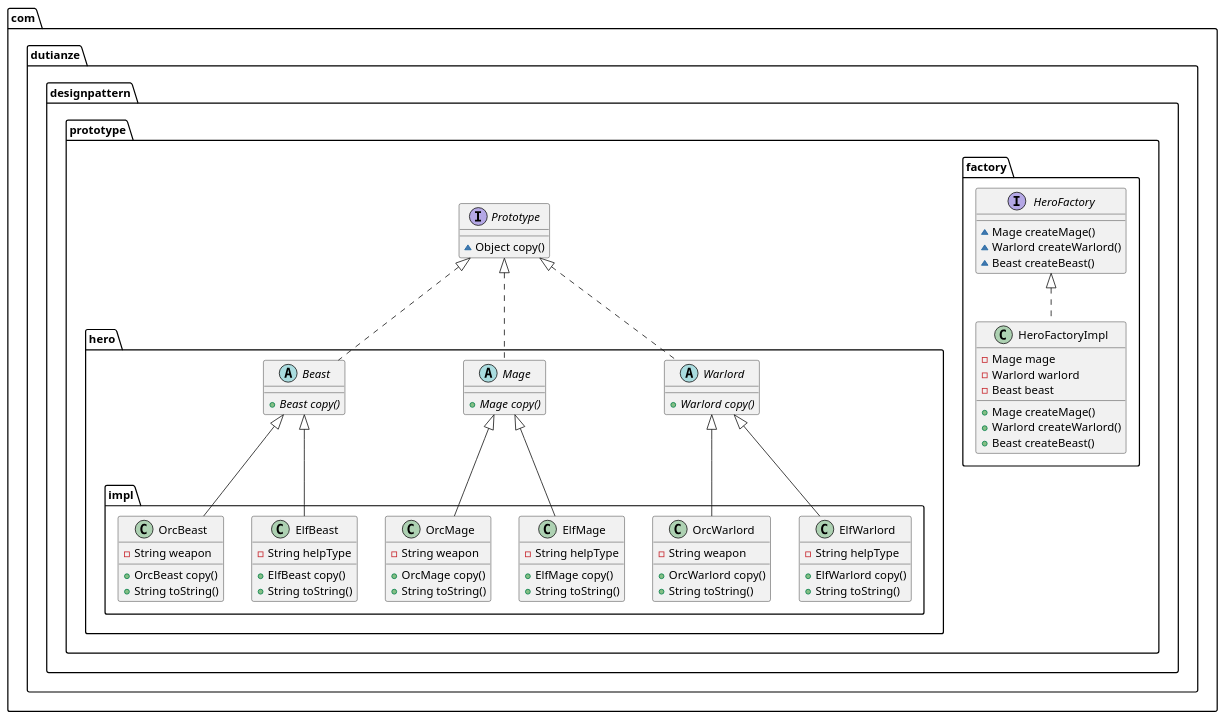
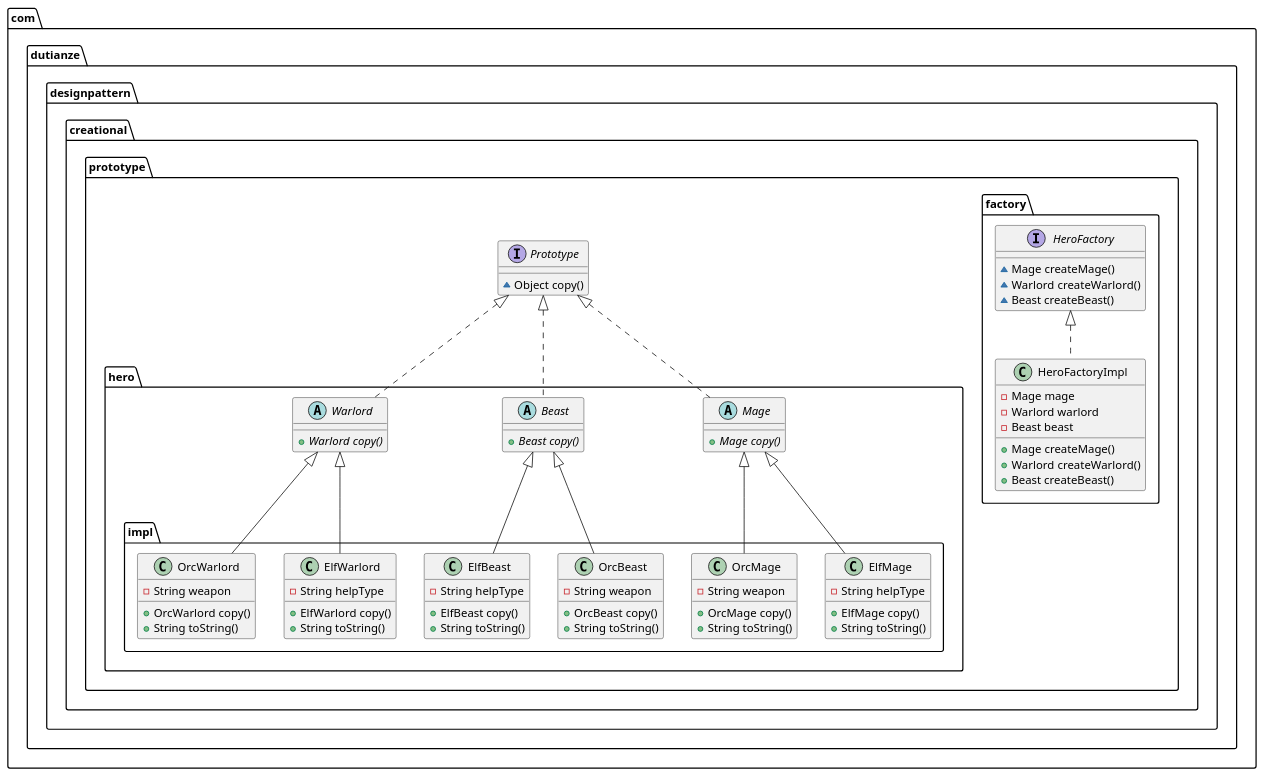
Before and after one commit to duTianze/my-java: the diagram in design/design-pattern/src/main/java/com/dutianze/designpattern/creational/prototype/prototype.puml, drawn with PlantUML. The commit also changed 35 other files, not shown here.

```diff
--- a/design/design-pattern/src/main/java/com/dutianze/designpattern/creational/prototype/prototype.puml
+++ b/design/design-pattern/src/main/java/com/dutianze/designpattern/creational/prototype/prototype.puml
@@ -1,69 +1,69 @@
 @startuml
-class com.dutianze.designpattern.prototype.hero.impl.ElfWarlord {
+abstract class com.dutianze.designpattern.creational.prototype.hero.Mage {
++ {abstract}Mage copy()
+}
+class com.dutianze.designpattern.creational.prototype.hero.impl.ElfMage {
+- String helpType
++ ElfMage copy()
++ String toString()
+}
+class com.dutianze.designpattern.creational.prototype.hero.impl.ElfBeast {
+- String helpType
++ ElfBeast copy()
++ String toString()
+}
+class com.dutianze.designpattern.creational.prototype.hero.impl.ElfWarlord {
 - String helpType
 + ElfWarlord copy()
 + String toString()
 }
-abstract class com.dutianze.designpattern.prototype.hero.Warlord {
-+ {abstract}Warlord copy()
-}
-interface com.dutianze.designpattern.prototype.factory.HeroFactory {
+interface com.dutianze.designpattern.creational.prototype.factory.HeroFactory {
 ~ Mage createMage()
 ~ Warlord createWarlord()
 ~ Beast createBeast()
 }
-class com.dutianze.designpattern.prototype.factory.HeroFactoryImpl {
+interface com.dutianze.designpattern.creational.prototype.Prototype {
+~ Object copy()
+}
+class com.dutianze.designpattern.creational.prototype.hero.impl.OrcBeast {
+- String weapon
++ OrcBeast copy()
++ String toString()
+}
+class com.dutianze.designpattern.creational.prototype.hero.impl.OrcWarlord {
+- String weapon
++ OrcWarlord copy()
++ String toString()
+}
+class com.dutianze.designpattern.creational.prototype.factory.HeroFactoryImpl {
 - Mage mage
 - Warlord warlord
 - Beast beast
 + Mage createMage()
 + Warlord createWarlord()
 + Beast createBeast()
 }
-class com.dutianze.designpattern.prototype.hero.impl.OrcMage {
+class com.dutianze.designpattern.creational.prototype.hero.impl.OrcMage {
 - String weapon
 + OrcMage copy()
 + String toString()
 }
-class com.dutianze.designpattern.prototype.hero.impl.ElfBeast {
-- String helpType
-+ ElfBeast copy()
-+ String toString()
+abstract class com.dutianze.designpattern.creational.prototype.hero.Beast {
++ {abstract}Beast copy()
 }
-class com.dutianze.designpattern.prototype.hero.impl.OrcWarlord {
-- String weapon
-+ OrcWarlord copy()
-+ String toString()
-}
-interface com.dutianze.designpattern.prototype.Prototype {
-~ Object copy()
-}
-abstract class com.dutianze.designpattern.prototype.hero.Mage {
-+ {abstract}Mage copy()
-}
-class com.dutianze.designpattern.prototype.hero.impl.OrcBeast {
-- String weapon
-+ OrcBeast copy()
-+ String toString()
-}
-class com.dutianze.designpattern.prototype.hero.impl.ElfMage {
-- String helpType
-+ ElfMage copy()
-+ String toString()
-}
-abstract class com.dutianze.designpattern.prototype.hero.Beast {
-+ {abstract}Beast copy()
+abstract class com.dutianze.designpattern.creational.prototype.hero.Warlord {
++ {abstract}Warlord copy()
 }
 
 
-com.dutianze.designpattern.prototype.hero.Warlord <|-- com.dutianze.designpattern.prototype.hero.impl.ElfWarlord
-com.dutianze.designpattern.prototype.Prototype <|.. com.dutianze.designpattern.prototype.hero.Warlord
-com.dutianze.designpattern.prototype.factory.HeroFactory <|.. com.dutianze.designpattern.prototype.factory.HeroFactoryImpl
-com.dutianze.designpattern.prototype.hero.Mage <|-- com.dutianze.designpattern.prototype.hero.impl.OrcMage
-com.dutianze.designpattern.prototype.hero.Beast <|-- com.dutianze.designpattern.prototype.hero.impl.ElfBeast
-com.dutianze.designpattern.prototype.hero.Warlord <|-- com.dutianze.designpattern.prototype.hero.impl.OrcWarlord
-com.dutianze.designpattern.prototype.Prototype <|.. com.dutianze.designpattern.prototype.hero.Mage
-com.dutianze.designpattern.prototype.hero.Beast <|-- com.dutianze.designpattern.prototype.hero.impl.OrcBeast
-com.dutianze.designpattern.prototype.hero.Mage <|-- com.dutianze.designpattern.prototype.hero.impl.ElfMage
-com.dutianze.designpattern.prototype.Prototype <|.. com.dutianze.designpattern.prototype.hero.Beast
+com.dutianze.designpattern.creational.prototype.Prototype <|.. com.dutianze.designpattern.creational.prototype.hero.Mage
+com.dutianze.designpattern.creational.prototype.hero.Mage <|-- com.dutianze.designpattern.creational.prototype.hero.impl.ElfMage
+com.dutianze.designpattern.creational.prototype.hero.Beast <|-- com.dutianze.designpattern.creational.prototype.hero.impl.ElfBeast
+com.dutianze.designpattern.creational.prototype.hero.Warlord <|-- com.dutianze.designpattern.creational.prototype.hero.impl.ElfWarlord
+com.dutianze.designpattern.creational.prototype.hero.Beast <|-- com.dutianze.designpattern.creational.prototype.hero.impl.OrcBeast
+com.dutianze.designpattern.creational.prototype.hero.Warlord <|-- com.dutianze.designpattern.creational.prototype.hero.impl.OrcWarlord
+com.dutianze.designpattern.creational.prototype.factory.HeroFactory <|.. com.dutianze.designpattern.creational.prototype.factory.HeroFactoryImpl
+com.dutianze.designpattern.creational.prototype.hero.Mage <|-- com.dutianze.designpattern.creational.prototype.hero.impl.OrcMage
+com.dutianze.designpattern.creational.prototype.Prototype <|.. com.dutianze.designpattern.creational.prototype.hero.Beast
+com.dutianze.designpattern.creational.prototype.Prototype <|.. com.dutianze.designpattern.creational.prototype.hero.Warlord
 @enduml
```
